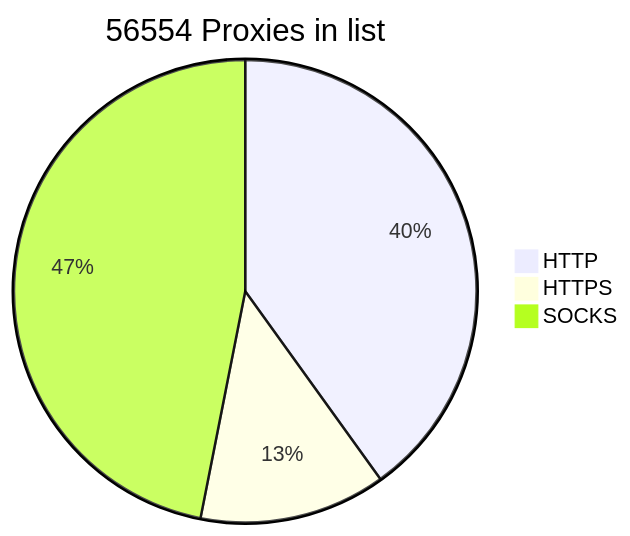
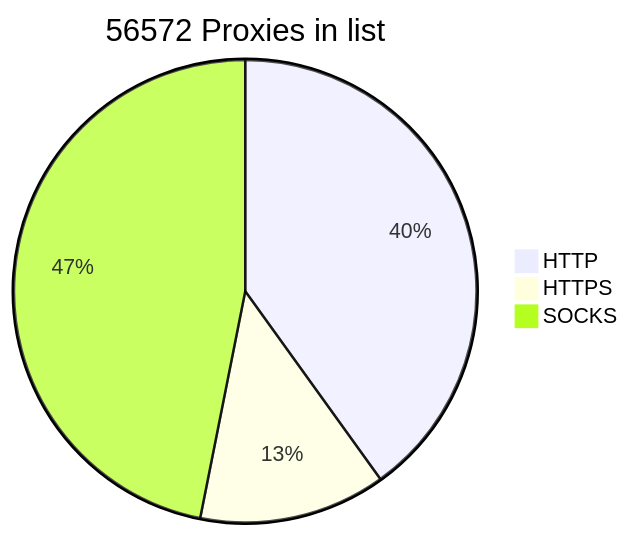
The diagram in README.md (BlackSnowDot/proxylist-update-every-minute), drawn with Mermaid before and after one commit.

````diff
--- a/README.md
+++ b/README.md
@@ -2,6 +2,6 @@
 ```mermaid
-pie title 56554 Proxies in list
-    "HTTP" : 25461
-    "HTTPS": 8277
+pie title 56572 Proxies in list
+    "HTTP" : 25473
+    "HTTPS": 8294
     "SOCKS" : 29799
 ```
````
